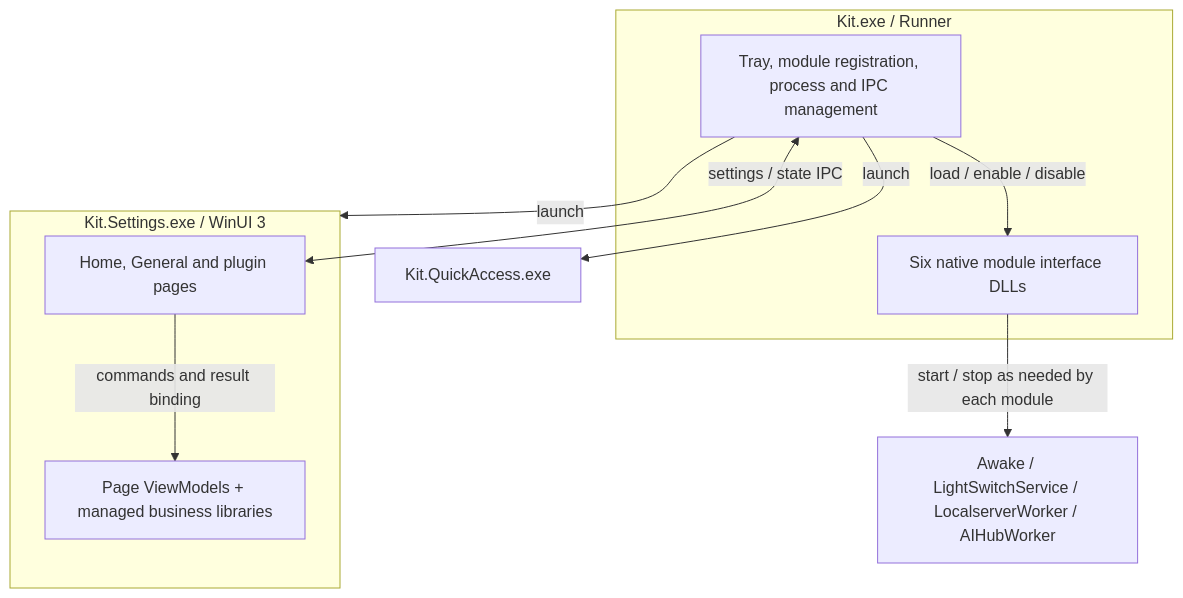
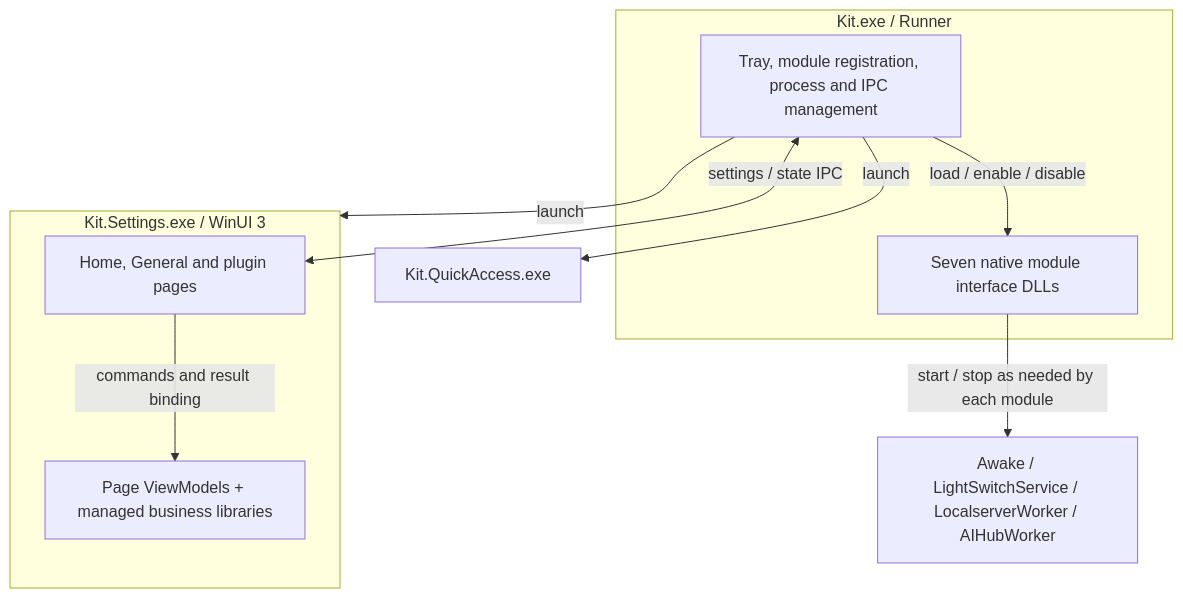
The first of 7 diagrams in README.md (guijianchou/Kit), drawn with Mermaid before and after one commit. The commit also changed other lines of this file and 156 other files, not shown here.

````diff
--- a/README.md
+++ b/README.md
@@ -32,17 +33,17 @@
 ```mermaid
 flowchart TB
     subgraph R["Kit.exe / Runner"]
         HOST["Tray, module registration, process and IPC management"]
-        MI["Six native module interface DLLs"]
+        MI["Seven native module interface DLLs"]
         HOST -->|"load / enable / disable"| MI
     end
     subgraph S["Kit.Settings.exe / WinUI 3"]
         UI["Home, General and plugin pages"]
         CORE["Page ViewModels + managed business libraries"]
         UI -->|"commands and result binding"| CORE
     end
     HOST -->|"launch"| S
     UI <-->|"settings / state IPC"| HOST
     HOST -->|"launch"| QA["Kit.QuickAccess.exe"]
     MI -->|"start / stop as needed by each module"| W["Awake / LightSwitchService / LocalserverWorker / AIHubWorker"]
 ```
````
